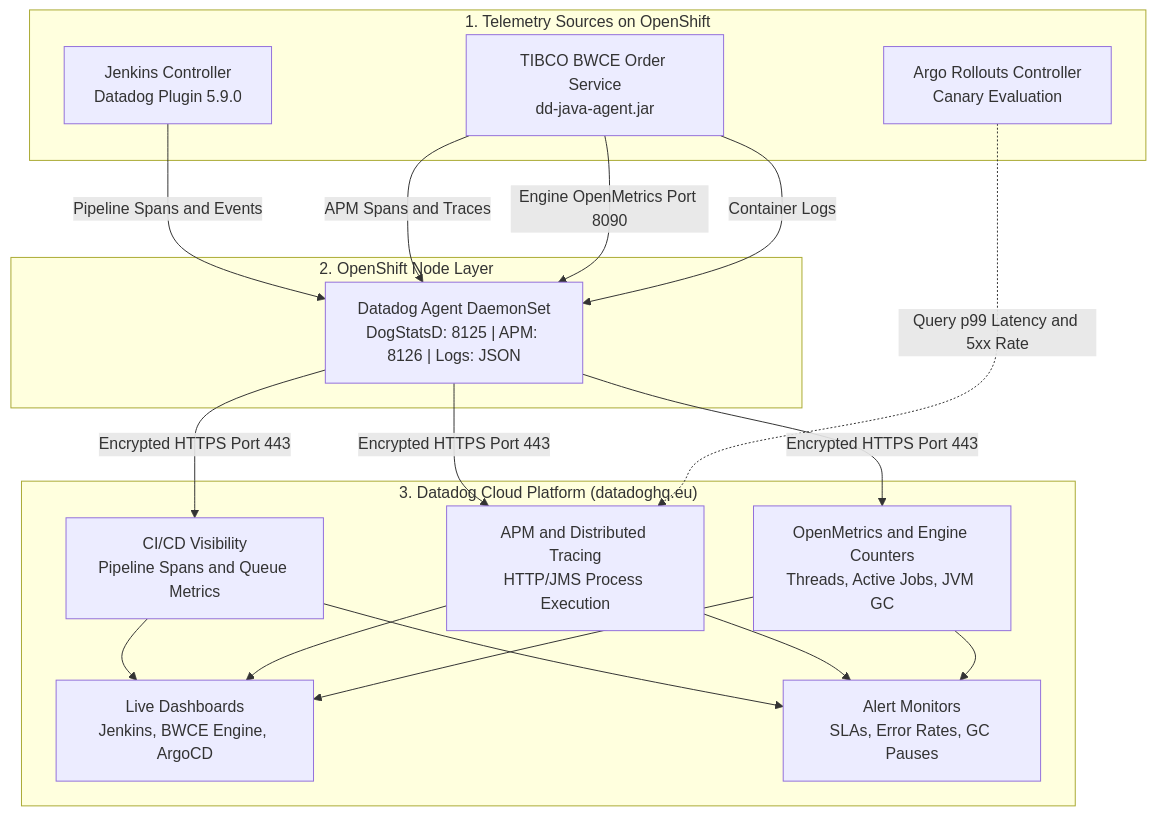
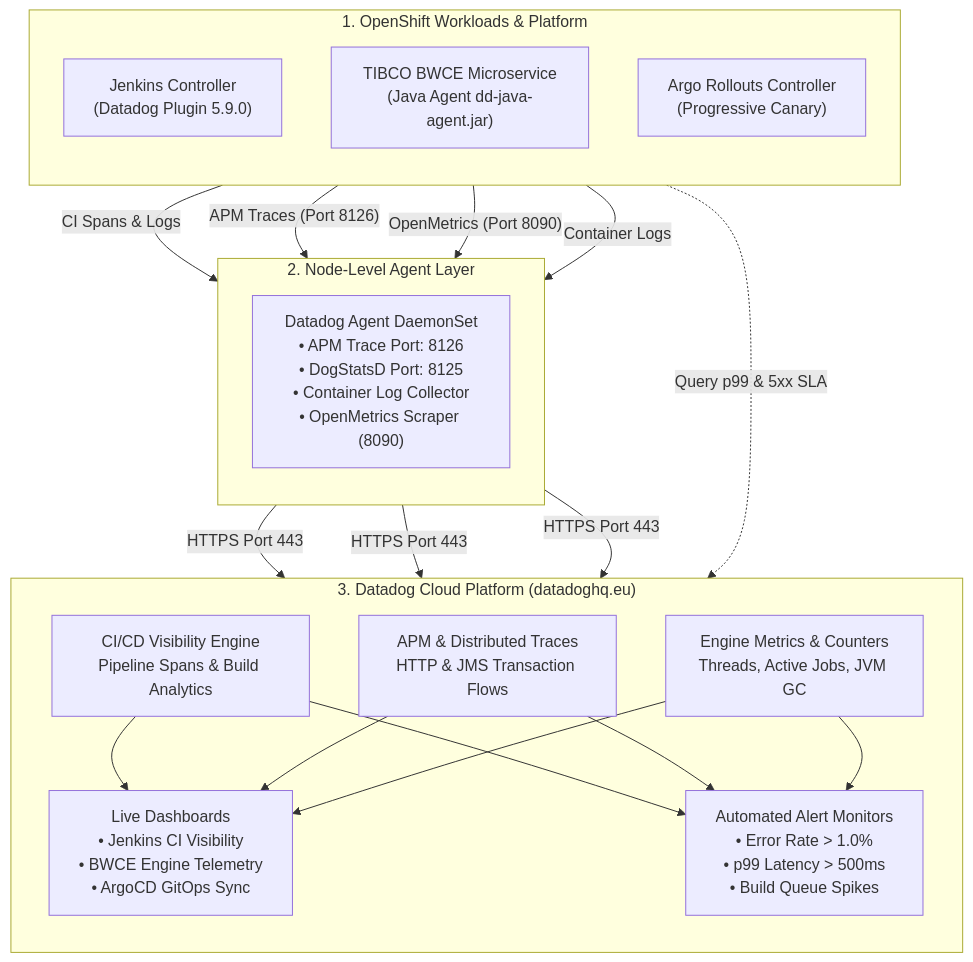
The third of 10 diagrams in README.md (nubenetes/jenkins-git-parameter-bwce), drawn with Mermaid before and after one commit.

Commit message:
fix(docs): format Datadog diagram text wrapping and quote edge labels for clean rendering

````diff
--- a/README.md
+++ b/README.md
@@ -206,39 +206,42 @@
 ```mermaid
 flowchart TD
-    subgraph Sources ["1. Telemetry Sources on OpenShift"]
-        Jenkins["Jenkins Controller<br/>Datadog Plugin 5.9.0"]
-        BWCEApp["TIBCO BWCE Order Service<br/>dd-java-agent.jar"]
-        RolloutCtrl["Argo Rollouts Controller<br/>Canary Evaluation"]
+    subgraph TelemetrySources ["1. OpenShift Workloads & Platform"]
+        direction TB
+        Jenkins["Jenkins Controller<br/>(Datadog Plugin 5.9.0)"]
+        BWCEApp["TIBCO BWCE Microservice<br/>(Java Agent dd-java-agent.jar)"]
+        RolloutCtrl["Argo Rollouts Controller<br/>(Progressive Canary)"]
     end
 
-    subgraph NodeLayer ["2. OpenShift Node Layer"]
-        DDAgent["Datadog Agent DaemonSet<br/>DogStatsD: 8125 | APM: 8126 | Logs: JSON"]
+    subgraph DaemonSetLayer ["2. Node-Level Agent Layer"]
+        direction TB
+        DDAgent["Datadog Agent DaemonSet<br/>• APM Trace Port: 8126<br/>• DogStatsD Port: 8125<br/>• Container Log Collector<br/>• OpenMetrics Scraper (8090)"]
     end
 
-    subgraph DatadogPlatform ["3. Datadog Cloud Platform (datadoghq.eu)"]
-        CIVisibility["CI/CD Visibility<br/>Pipeline Spans and Queue Metrics"]
-        APMTrace["APM and Distributed Tracing<br/>HTTP/JMS Process Execution"]
-        OpenMetrics["OpenMetrics and Engine Counters<br/>Threads, Active Jobs, JVM GC"]
-        Dashboards["Live Dashboards<br/>Jenkins, BWCE Engine, ArgoCD"]
-        Monitors["Alert Monitors<br/>SLAs, Error Rates, GC Pauses"]
+    subgraph CloudPlatform ["3. Datadog Cloud Platform (datadoghq.eu)"]
+        direction TB
+        CIVisibility["CI/CD Visibility Engine<br/>Pipeline Spans & Build Analytics"]
+        APMTrace["APM & Distributed Traces<br/>HTTP & JMS Transaction Flows"]
+        OpenMetrics["Engine Metrics & Counters<br/>Threads, Active Jobs, JVM GC"]
+        Dashboards["Live Dashboards<br/>• Jenkins CI Visibility<br/>• BWCE Engine Telemetry<br/>• ArgoCD GitOps Sync"]
+        Monitors["Automated Alert Monitors<br/>• Error Rate > 1.0%<br/>• p99 Latency > 500ms<br/>• Build Queue Spikes"]
     end
 
-    Jenkins -->|Pipeline Spans and Events| DDAgent
-    BWCEApp -->|APM Spans and Traces| DDAgent
-    BWCEApp -->|Engine OpenMetrics Port 8090| DDAgent
-    BWCEApp -->|Container Logs| DDAgent
+    Jenkins -->|"CI Spans & Logs"| DDAgent
+    BWCEApp -->|"APM Traces (Port 8126)"| DDAgent
+    BWCEApp -->|"OpenMetrics (Port 8090)"| DDAgent
+    BWCEApp -->|"Container Logs"| DDAgent
 
-    DDAgent -->|Encrypted HTTPS Port 443| CIVisibility
-    DDAgent -->|Encrypted HTTPS Port 443| APMTrace
-    DDAgent -->|Encrypted HTTPS Port 443| OpenMetrics
+    DDAgent -->|"HTTPS Port 443"| CIVisibility
+    DDAgent -->|"HTTPS Port 443"| APMTrace
+    DDAgent -->|"HTTPS Port 443"| OpenMetrics
 
     CIVisibility --> Dashboards
     APMTrace --> Dashboards
     OpenMetrics --> Dashboards
 
     CIVisibility --> Monitors
     APMTrace --> Monitors
     OpenMetrics --> Monitors
 
-    RolloutCtrl -.->|Query p99 Latency and 5xx Rate| APMTrace
+    RolloutCtrl -.->|"Query p99 & 5xx SLA"| APMTrace
 ```
````
